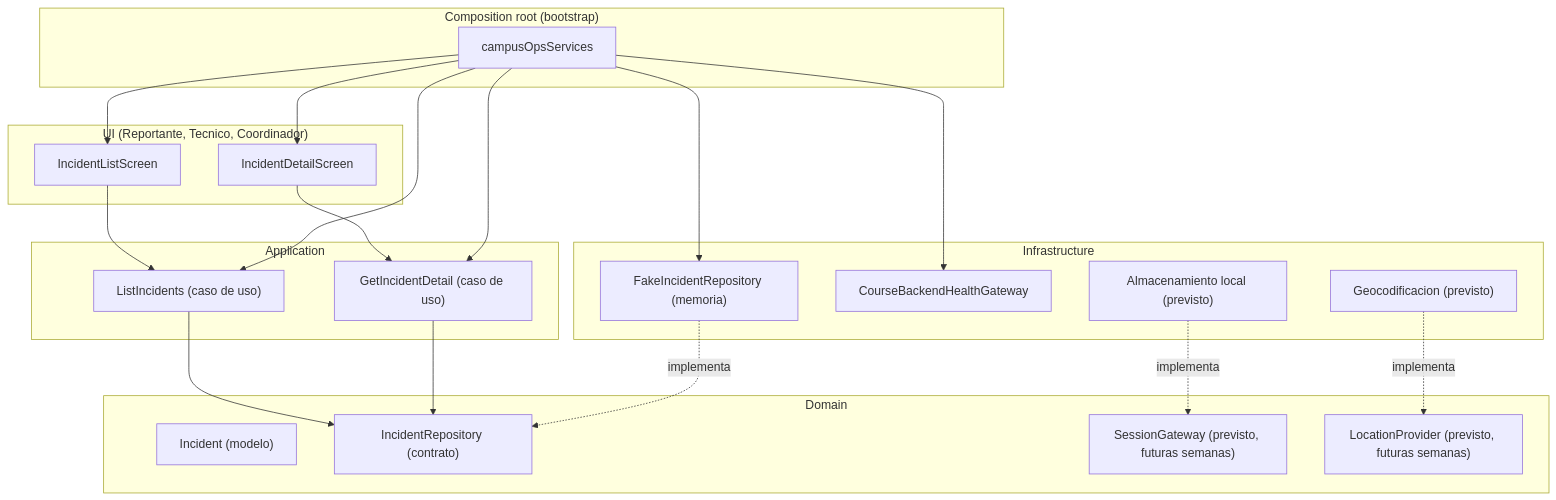
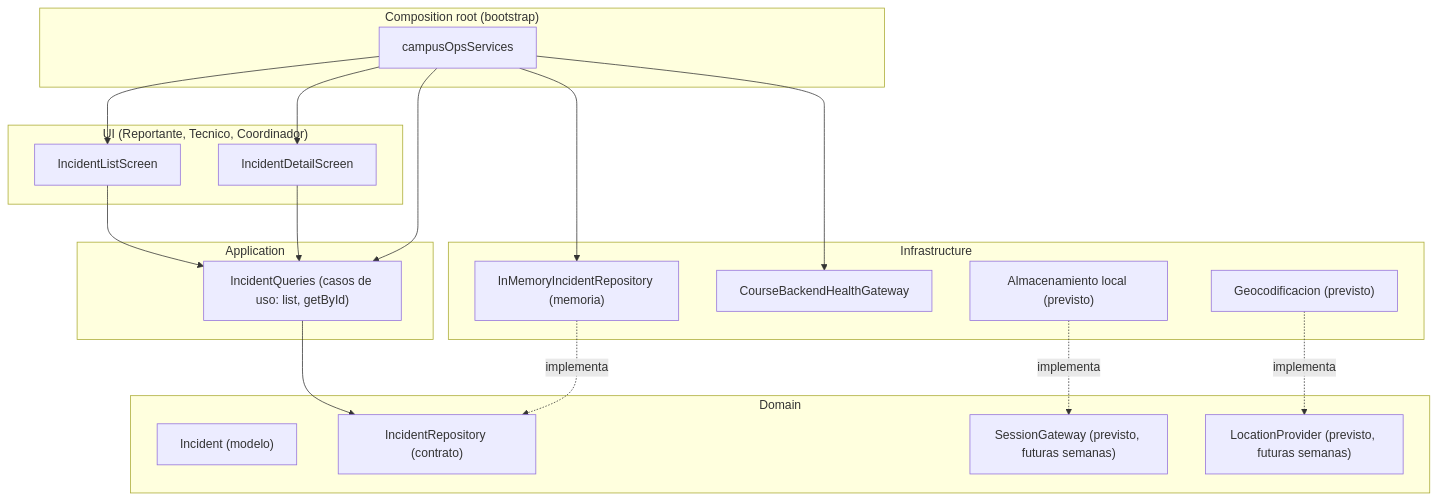
Before and after one commit to Rita026/CampusOps-10B-E06: the diagram in docs/architecture.mmd, drawn with Mermaid.

Commit message:
docs: alinear nombres de diagrama con el codigo real (InMemoryIncidentRepository, IncidentQueries)

```diff
--- a/docs/architecture.mmd
+++ b/docs/architecture.mmd
@@ -1,42 +1,39 @@
 graph TD
   subgraph UI["UI (Reportante, Tecnico, Coordinador)"]
     ScreenList["IncidentListScreen"]
     ScreenDetail["IncidentDetailScreen"]
   end
 
   subgraph Application["Application"]
-    UC1["ListIncidents (caso de uso)"]
-    UC2["GetIncidentDetail (caso de uso)"]
+    Queries["IncidentQueries (casos de uso: list, getById)"]
   end
 
   subgraph Domain["Domain"]
     Model["Incident (modelo)"]
     Contract["IncidentRepository (contrato)"]
     SessionPort["SessionGateway (previsto, futuras semanas)"]
     LocationPort["LocationProvider (previsto, futuras semanas)"]
   end
 
   subgraph Infrastructure["Infrastructure"]
-    Fake["FakeIncidentRepository (memoria)"]
+    InMemory["InMemoryIncidentRepository (memoria)"]
     HealthAdapter["CourseBackendHealthGateway"]
     PersistPort["Almacenamiento local (previsto)"]
     LocationAdapter["Geocodificacion (previsto)"]
   end
 
   subgraph Bootstrap["Composition root (bootstrap)"]
     Compose["campusOpsServices"]
   end
 
-  ScreenList --> UC1
-  ScreenDetail --> UC2
-  UC1 --> Contract
-  UC2 --> Contract
-  Fake -.implementa.-> Contract
-  Compose --> Fake
+  ScreenList --> Queries
+  ScreenDetail --> Queries
+  Queries --> Contract
+  InMemory -.implementa.-> Contract
+  Compose --> InMemory
   Compose --> HealthAdapter
-  Compose --> UC1
-  Compose --> UC2
+  Compose --> Queries
   Compose --> ScreenList
   Compose --> ScreenDetail
   PersistPort -.implementa.-> SessionPort
   LocationAdapter -.implementa.-> LocationPort
```
